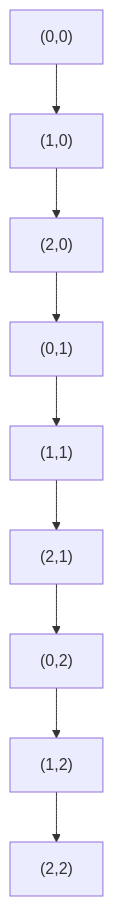
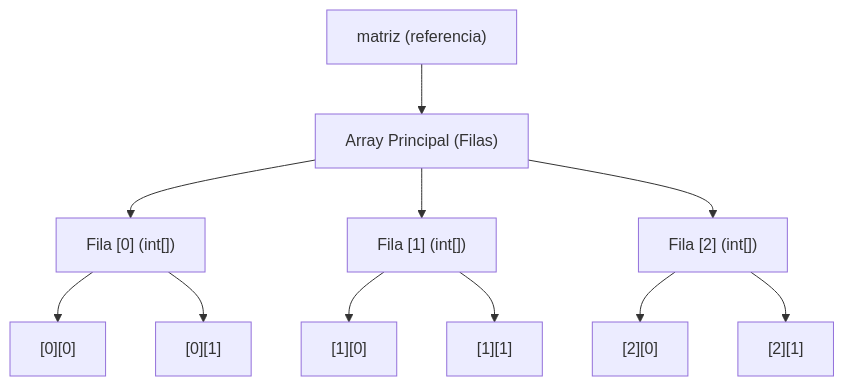
Before and after one commit to obiticadev/DAM-2025-26: the first of 5 diagrams in Programación/Aprendizaje autodidacta/00_ArraysEstaticosMasterclass/teoria/05_Matrices_Bidimensionales.md, drawn with Mermaid. The commit also changed other lines of this file and 59 other files, not shown here.

````diff
--- a/Programación/Aprendizaje autodidacta/00_ArraysEstaticosMasterclass/teoria/05_Matrices_Bidimensionales.md
+++ b/Programación/Aprendizaje autodidacta/00_ArraysEstaticosMasterclass/teoria/05_Matrices_Bidimensionales.md
@@ -91,6 +13,14 @@
 ```mermaid
-flowchart TD
-    A["(0,0)"] --> B["(1,0)"] --> C["(2,0)"]
-    C --> D["(0,1)"] --> E["(1,1)"] --> F["(2,1)"]
-    F --> G["(0,2)"] --> H["(1,2)"] --> I["(2,2)"]
+graph TD
+    M["matriz (referencia)"] --> R["Array Principal (Filas)"]
+    R --> F0["Fila [0] (int[])"]
+    R --> F1["Fila [1] (int[])"]
+    R --> F2["Fila [2] (int[])"]
+    
+    F0 --> D00["[0][0]"]
+    F0 --> D01["[0][1]"]
+    F1 --> D10["[1][0]"]
+    F1 --> D11["[1][1]"]
+    F2 --> D20["[2][0]"]
+    F2 --> D21["[2][1]"]
 ```
````
